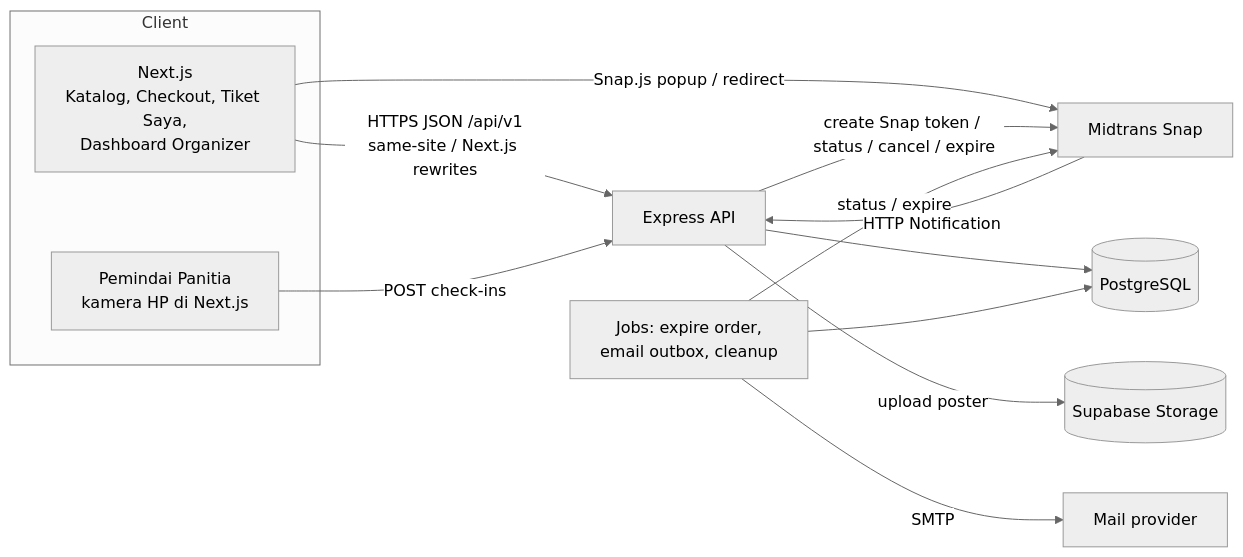
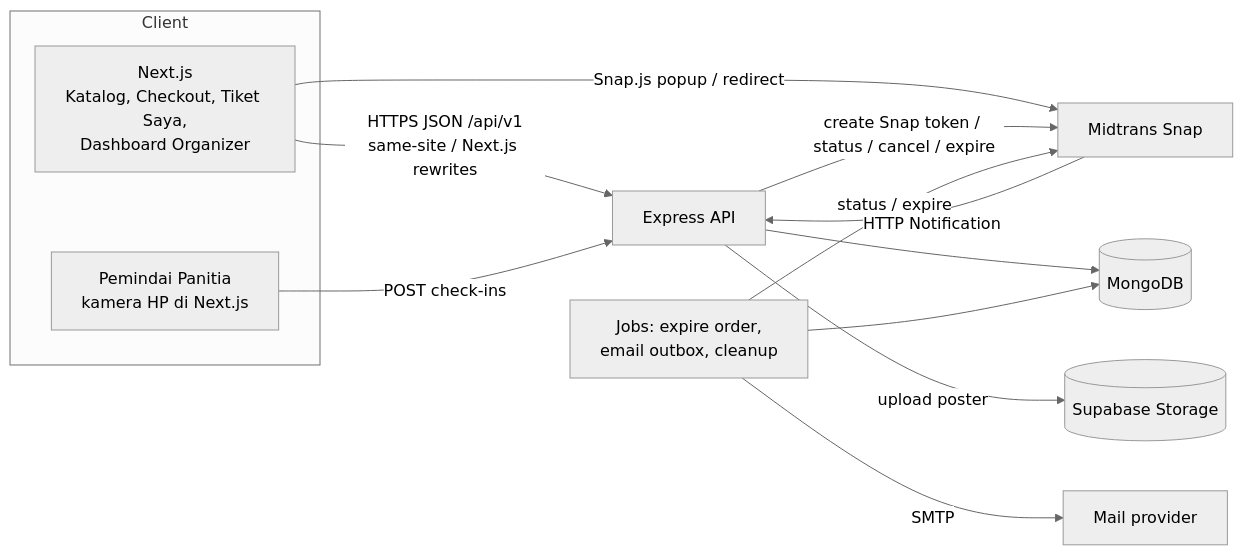
Before and after one commit to gadicandra/PassGo: the first of 5 diagrams in docs/architecture.md, drawn with Mermaid (neutral theme). The commit also changed other lines of this file and 6 other files, not shown here.

Commit message:
refactor(db): Migrate database from PostgreSQL to MongoDB

````diff
--- a/docs/architecture.md
+++ b/docs/architecture.md
@@ -104,17 +104,17 @@
 ```mermaid
 flowchart LR
   subgraph Client
     WEB[Next.js<br/>Katalog, Checkout, Tiket Saya,<br/>Dashboard Organizer]
     SCN[Pemindai Panitia<br/>kamera HP di Next.js]
   end
   WEB -- HTTPS JSON /api/v1<br/>same-site / Next.js rewrites --> API[Express API]
   SCN -- POST check-ins --> API
   WEB -- Snap.js popup / redirect --> MT[Midtrans Snap]
   API -- create Snap token / status / cancel / expire --> MT
   MT -- HTTP Notification --> API
-  API --> DB[(PostgreSQL)]
+  API --> DB[(MongoDB)]
   API -- upload poster --> ST[(Supabase Storage)]
   JOB[Jobs: expire order,<br/>email outbox, cleanup] --> DB
   JOB -- SMTP --> SMTP[Mail provider]
   JOB -- status / expire --> MT
 ```
````
